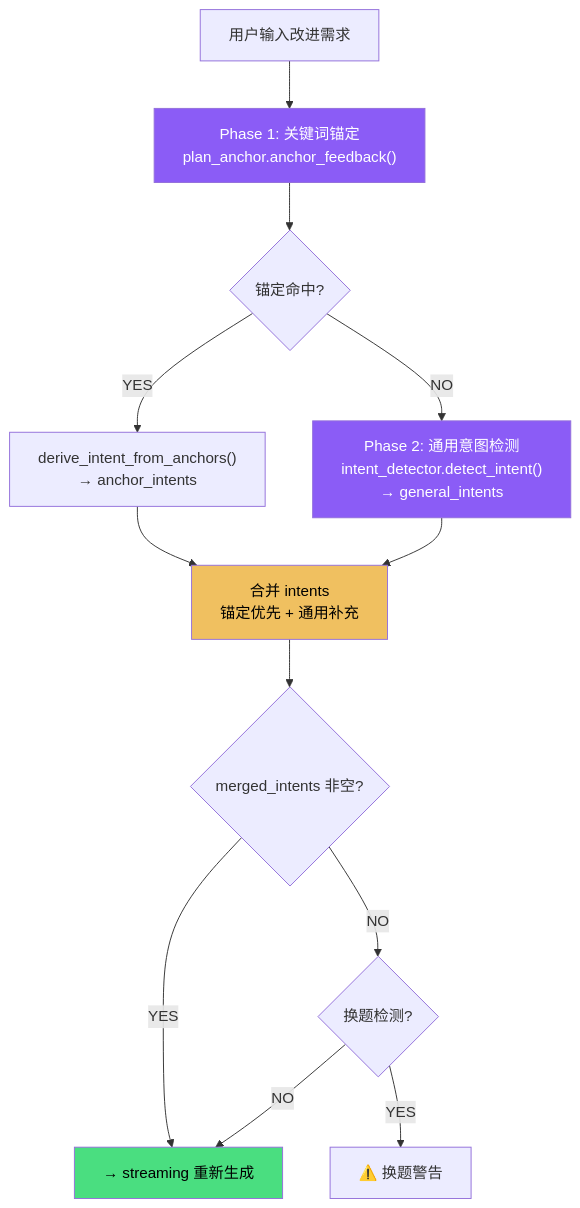
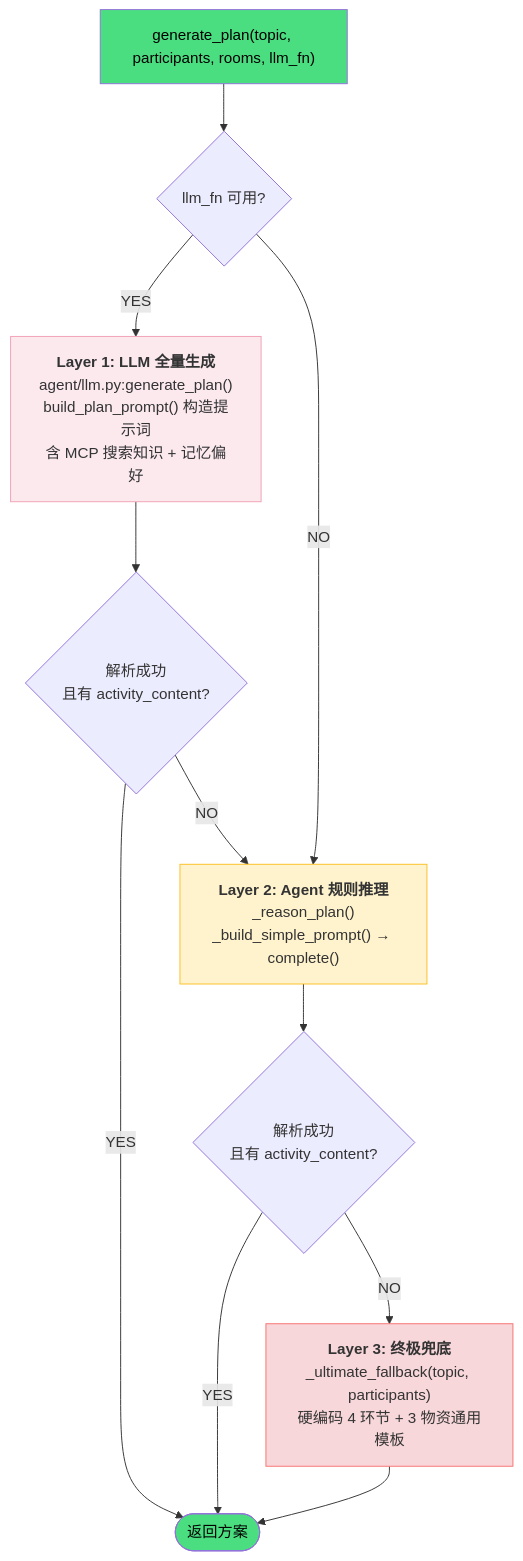
The fifth of 12 diagrams in Campus-Compass-完整工作流文档.md (shuda-li/Campus-Compass), drawn with Mermaid before and after one commit. The commit also changed other lines of this file, not shown here.

Commit message:
docs: 完整工作流文档——基于原结构更新, 新增Plan-Aware锚定/意图检测/Word导出/场地路由, 移除导航/Tavily

````diff
--- a/Campus-Compass-完整工作流文档.md
+++ b/Campus-Compass-完整工作流文档.md
@@ -344,19 +1252,26 @@
 ```mermaid
 flowchart TD
-    INPUT[用户输入改进需求] --> ANCHOR["Phase 1: 关键词锚定<br/>plan_anchor.anchor_feedback()"]
-    ANCHOR --> ANCHOR_CHECK{锚定命中?}
-    ANCHOR_CHECK -->|YES| ANCHOR_INTENT["derive_intent_from_anchors()<br/>→ anchor_intents"]
-    ANCHOR_CHECK -->|NO| INTENT["Phase 2: 通用意图检测<br/>intent_detector.detect_intent()<br/>→ general_intents"]
-    ANCHOR_INTENT --> MERGE["合并 intents<br/>锚定优先 + 通用补充"]
-    INTENT --> MERGE
-    MERGE --> MERGE_CHECK{merged_intents 非空?}
-    MERGE_CHECK -->|YES| STREAM[→ streaming 重新生成]
-    MERGE_CHECK -->|NO| TOPIC_CHECK{换题检测?}
-    TOPIC_CHECK -->|YES| WARN[⚠️ 换题警告]
-    TOPIC_CHECK -->|NO| STREAM
+    INPUT["generate_plan(topic, participants, rooms, llm_fn)"]
 
-    style ANCHOR fill:#8b5cf6,color:#fff
-    style INTENT fill:#8b5cf6,color:#fff
-    style MERGE fill:#f0c060,color:#000
-    style STREAM fill:#4ade80,color:#000
+    INPUT --> TRY1{"llm_fn 可用?"}
+
+    TRY1 -->|YES| L1["<b>Layer 1: LLM 全量生成</b><br/>agent/llm.py:generate_plan()<br/>build_plan_prompt() 构造提示词<br/>含 MCP 搜索知识 + 记忆偏好"]
+    L1 --> L1_CHECK{解析成功<br/>且有 activity_content?}
+
+    TRY1 -->|NO| TRY2
+
+    L1_CHECK -->|YES| DONE([返回方案])
+    L1_CHECK -->|NO| TRY2["<b>Layer 2: Agent 规则推理</b><br/>_reason_plan()<br/>_build_simple_prompt() → complete()"]
+    TRY2 --> L2_CHECK{解析成功<br/>且有 activity_content?}
+
+    L2_CHECK -->|YES| DONE
+    L2_CHECK -->|NO| L3["<b>Layer 3: 终极兜底</b><br/>_ultimate_fallback(topic, participants)<br/>硬编码 4 环节 + 3 物资通用模板"]
+
+    L3 --> DONE
+
+    style INPUT fill:#4ade80,color:#000
+    style DONE fill:#4ade80,color:#000
+    style L1 fill:#fbe9ee,stroke:#f2a0b5,color:#333
+    style TRY2 fill:#fff3cd,stroke:#fbbf24,color:#333
+    style L3 fill:#f8d7da,stroke:#f87171,color:#333
 ```
````
